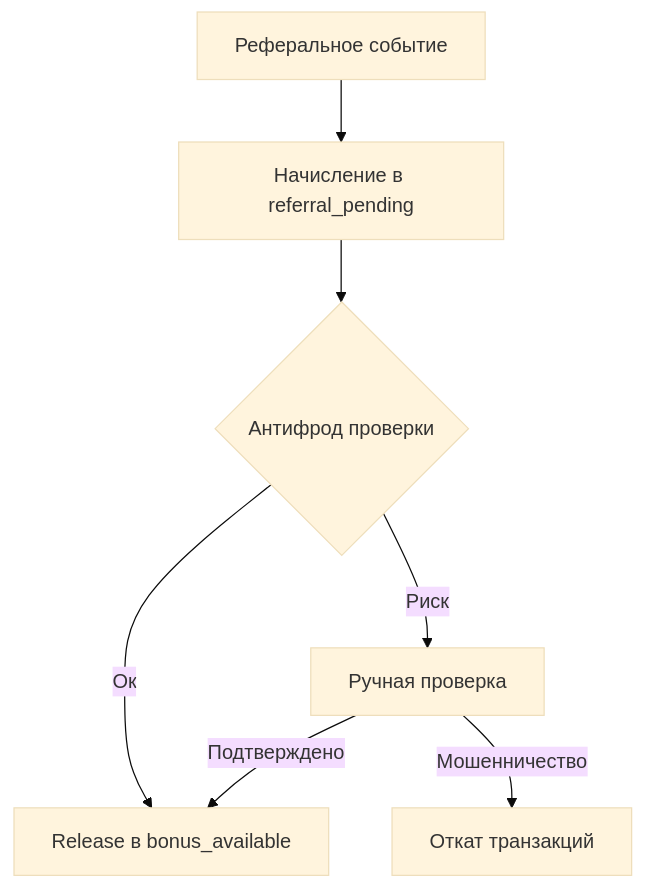
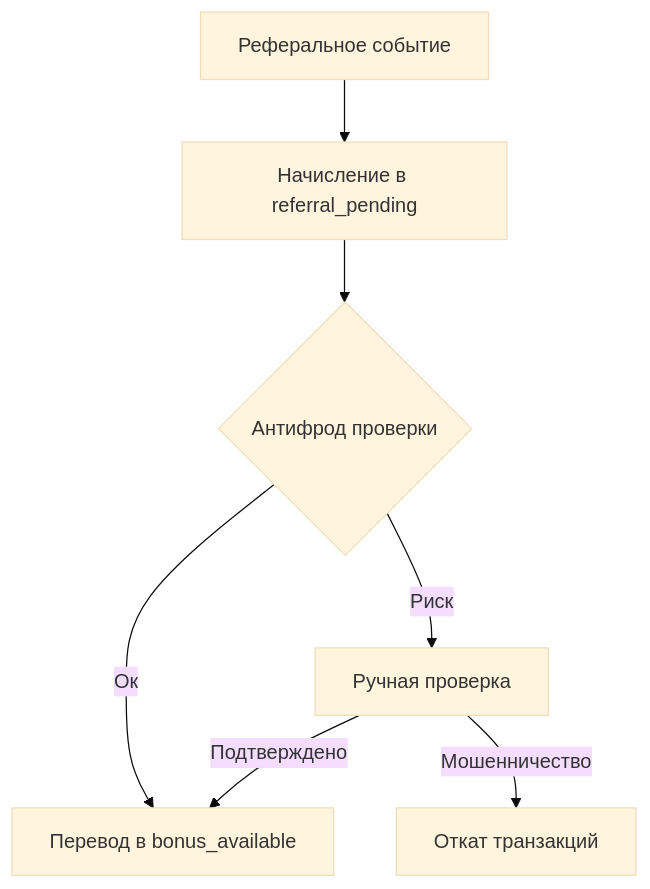
One commit to nazbav/yii2-account-balance changed the diagram in docs/howto-referral-program.md. Above: the diagram before and after it, drawn with Mermaid (base theme). The commit also changed other lines of this file and 7 other files, not shown here.

````diff
--- a/docs/howto-referral-program.md
+++ b/docs/howto-referral-program.md
@@ -105,9 +105,9 @@
 ```mermaid
 flowchart TD
   A[Реферальное событие] --> B[Начисление в referral_pending]
   B --> C{Антифрод проверки}
-  C -- Ок --> D[Release в bonus_available]
+  C -- Ок --> D[Перевод в bonus_available]
   C -- Риск --> E[Ручная проверка]
   E -- Подтверждено --> D
   E -- Мошенничество --> F[Откат транзакций]
 ```
````
